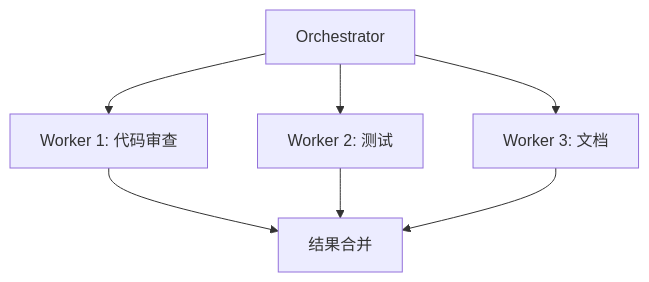
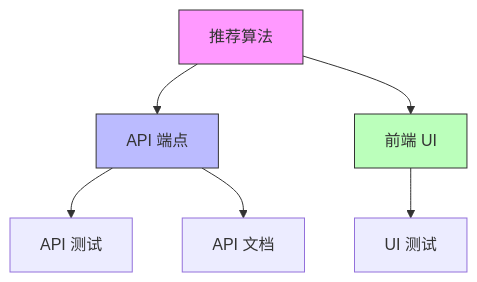
One commit to hellojoju/claude-code-lesson changed the first of 2 diagrams in 11-multi-agent/README.md. Above: the diagram before and after it, drawn with Mermaid. The commit also changed other lines of this file and 11 other files, not shown here.

````diff
--- a/11-multi-agent/README.md
+++ b/11-multi-agent/README.md
@@ -132,9 +101,12 @@
 ```mermaid
 graph TD
-    A[Orchestrator] --> B[Worker 1: 代码审查]
-    A --> C[Worker 2: 测试]
-    A --> D[Worker 3: 文档]
-    B --> E[结果合并]
-    C --> E
-    D --> E
+    A[推荐算法] --> B[API 端点]
+    A --> C[前端 UI]
+    B --> D[API 测试]
+    C --> E[UI 测试]
+    B --> F[API 文档]
+    
+    style A fill:#f9f,stroke:#333
+    style B fill:#bbf,stroke:#333
+    style C fill:#bfb,stroke:#333
 ```
````
